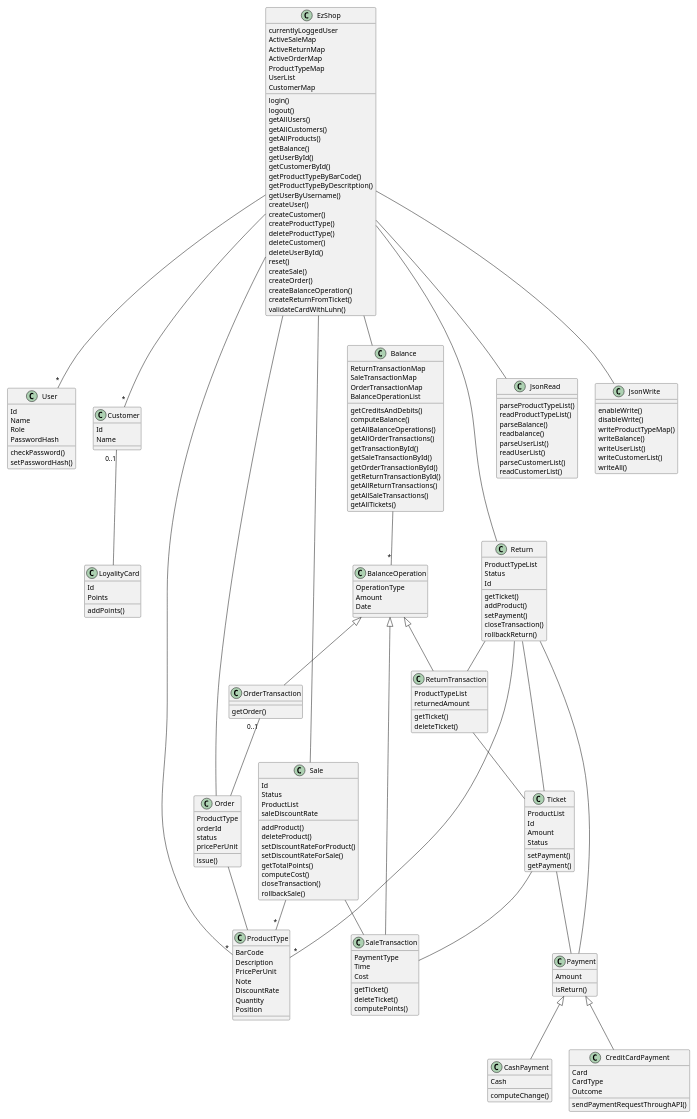
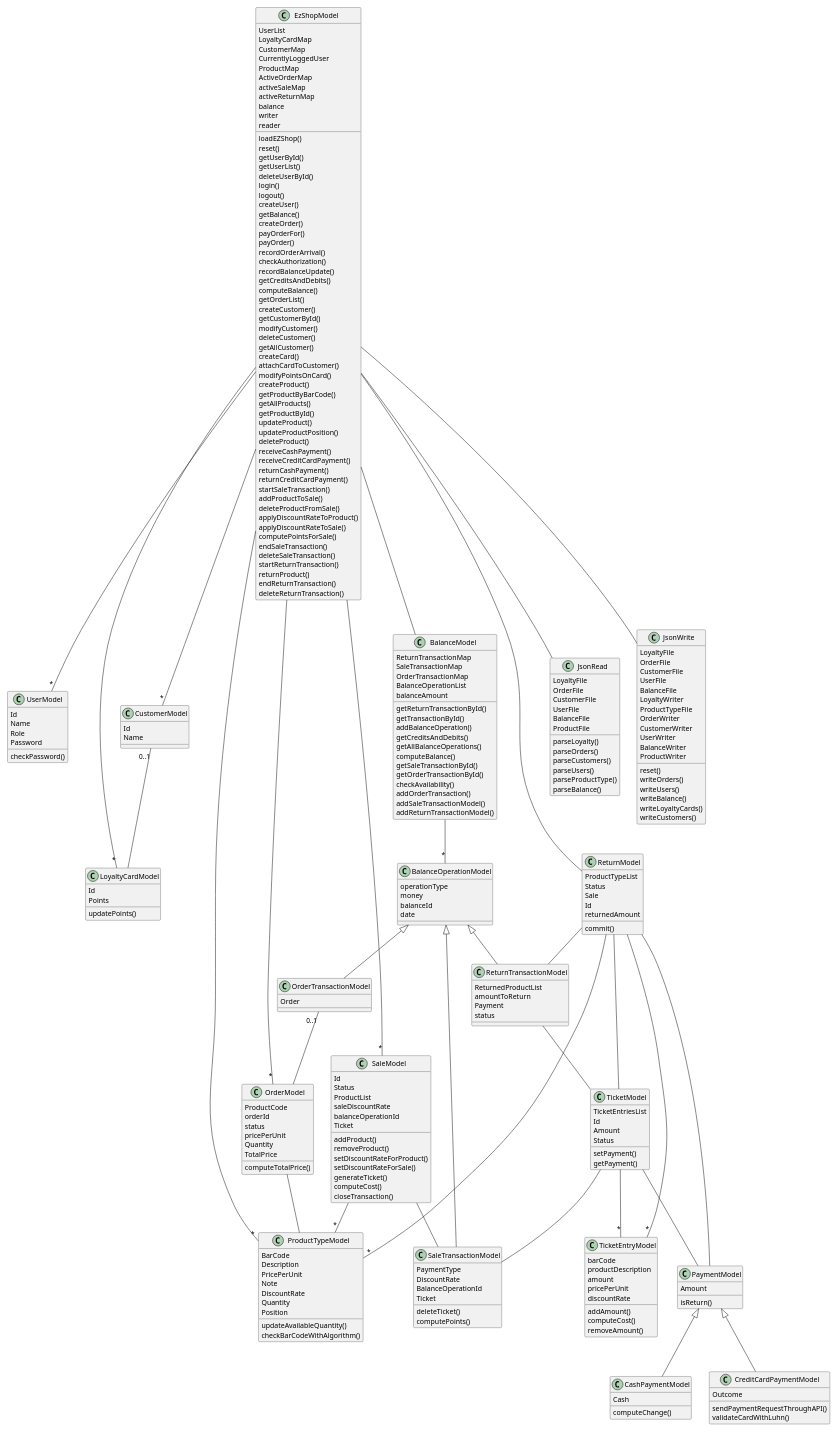
One commit to paolotron/EzshoProject31 changed the second of 15 diagrams in Deliverables/DesignDocument.md. Above: the diagram before and after it, drawn with PlantUML.

Commit message:
updating design model

````diff
--- a/Deliverables/DesignDocument.md
+++ b/Deliverables/DesignDocument.md
@@ -53,56 +53,87 @@
 @startuml
 
 scale 0.7
-class EzShop{
-    login()
-    logout()
-    getAllUsers()
-    getAllCustomers()
-    getAllProducts()
-    getBalance()
-    getUserById()
-    getCustomerById()
-    getProductTypeByBarCode()
-    getProductTypeByDescritption()
-    getUserByUsername()
-    createUser()
-    createCustomer()
-    createProductType()
-    deleteProductType()
-    deleteCustomer()
-    deleteUserById()
-    reset()
-    createSale()
-    createOrder()
-    createBalanceOperation()
-    createReturnFromTicket()
-    validateCardWithLuhn()
-    currentlyLoggedUser
-    ActiveSaleMap
-    ActiveReturnMap
-    ActiveOrderMap
-    ProductTypeMap
-    UserList
-    CustomerMap
+class EzShopModel {
+loadEZShop()
+reset()
+getUserById()
+getUserList()
+deleteUserById()
+login()
+logout()
+createUser()
+getBalance()
+createOrder()
+payOrderFor()
+payOrder()
+recordOrderArrival()
+checkAuthorization()
+recordBalanceUpdate()
+getCreditsAndDebits()
+computeBalance()
+getOrderList()
+createCustomer()
+getCustomerById()
+modifyCustomer()
+deleteCustomer()
+getAllCustomer()
+createCard()
+attachCardToCustomer()
+modifyPointsOnCard()
+createProduct()
+getProductByBarCode()
+getAllProducts()
+getProductById()
+updateProduct()
+updateProductPosition()
+deleteProduct()
+receiveCashPayment()
+receiveCreditCardPayment()
+returnCashPayment()
+returnCreditCardPayment()
+startSaleTransaction()
+addProductToSale()
+deleteProductFromSale()
+applyDiscountRateToProduct()
+applyDiscountRateToSale()
+computePointsForSale()
+endSaleTransaction()
+deleteSaleTransaction()
+startReturnTransaction()
+returnProduct()
+endReturnTransaction()
+deleteReturnTransaction()
+
+UserList
+LoyaltyCardMap
+CustomerMap
+CurrentlyLoggedUser
+ProductMap
+ActiveOrderMap
+activeSaleMap
+activeReturnMap
+balance
+writer
+reader
 }
-class User{
+
+class UserModel{
     Id
     Name
     Role
-    PasswordHash
+    Password
     checkPassword()
-    setPasswordHash()
 }
-class Customer{
+class CustomerModel{
     Id
     Name
 }
-class LoyalityCard{
+class LoyaltyCardModel{
     Id
     Points
-    addPoints()
+    updatePoints()
 }
-class ProductType{
+class ProductTypeModel{
     BarCode
     Description
     PricePerUnit
@@ -110,146 +141,183 @@
     DiscountRate
     Quantity
     Position
+    updateAvailableQuantity()
+    checkBarCodeWithAlgorithm()
+    
 }
-class Order{
-    ProductType
+class OrderModel{
+    ProductCode
     orderId
     status
     pricePerUnit
-    issue()
+    Quantity
+    TotalPrice
+    
+    computeTotalPrice()
 }
-class SaleTransaction{
+class SaleTransactionModel{
     PaymentType
-    Time
-    Cost
-    getTicket()
+    DiscountRate
+    BalanceOperationId
+    Ticket
     deleteTicket()
     computePoints()
 }
-class Sale{
+class SaleModel{
     Id
     Status
     ProductList
     saleDiscountRate
+    balanceOperationId
+    Ticket
     addProduct()
-    deleteProduct()
+    removeProduct()
     setDiscountRateForProduct()
     setDiscountRateForSale()
-    getTotalPoints()
+    generateTicket()
     computeCost()
     closeTransaction()
-    rollbackSale()
 }
-class Ticket{
-    ProductList
+class TicketModel{
+    TicketEntriesList
     Id
     Amount
     Status
     setPayment()
     getPayment()
 }
-class Payment{
+class TicketEntryModel{
+    barCode
+    productDescription
+    amount
+    pricePerUnit
+    discountRate
+    addAmount()
+    computeCost()
+    removeAmount()
+}
+
+class PaymentModel{
     Amount
     isReturn()
 }
-class CashPayment{
+class CashPaymentModel{
     Cash
     computeChange()
 }
-class CreditCardPayment{
-    Card
-    CardType
+class CreditCardPaymentModel{
     Outcome
     sendPaymentRequestThroughAPI()
+    validateCardWithLuhn()
 }
 
-class ReturnTransaction{
-    ProductTypeList
-    returnedAmount
-    getTicket()
-    deleteTicket()
+class ReturnTransactionModel{
+    ReturnedProductList
+    amountToReturn
+    Payment
+    status
 }
-class Return{
+class ReturnModel{
     ProductTypeList
     Status
+    Sale
     Id
-    getTicket()
-    addProduct()
-    setPayment()
-    closeTransaction()
-    rollbackReturn()
+    returnedAmount
+    commit()
 }
-class Balance{
+class BalanceModel{
     ReturnTransactionMap
     SaleTransactionMap
     OrderTransactionMap
     BalanceOperationList
+    balanceAmount
+    getReturnTransactionById()
+    getTransactionById()
+    addBalanceOperation()
     getCreditsAndDebits()
+    getAllBalanceOperations()
     computeBalance()
-    getAllBalanceOperations()
-    getAllOrderTransactions()
-    getTransactionById()
     getSaleTransactionById()
     getOrderTransactionById()
-    getReturnTransactionById()
-    getAllReturnTransactions()
-    getAllSaleTransactions()
-    getAllTickets()
+    checkAvailability()
+    addOrderTransaction()
+    addSaleTransactionModel()
+    addReturnTransactionModel()
 }
-class BalanceOperation{
-    OperationType
-    Amount
-    Date
+class BalanceOperationModel{
+    operationType
+    money
+    balanceId
+    date
 }
-class OrderTransaction{
-    getOrder()
+class OrderTransactionModel{
+    Order
 }
 class JsonRead{
-    parseProductTypeList()
-    readProductTypeList()
+    LoyaltyFile
+    OrderFile
+    CustomerFile
+    UserFile
+    BalanceFile
+    ProductFile
+    parseLoyalty()
+    parseOrders()
+    parseCustomers()
+    parseUsers()
+    parseProductType()
     parseBalance()
-    readbalance()
-    parseUserList()
-    readUserList()
-    parseCustomerList()
-    readCustomerList()
 }
 class JsonWrite{
-    enableWrite()
-    disableWrite()
-    writeProductTypeMap()
+    LoyaltyFile
+    OrderFile
+    CustomerFile
+    UserFile
+    BalanceFile
+    LoyaltyWriter
+    ProductTypeFile
+    OrderWriter
+    CustomerWriter
+    UserWriter
+    BalanceWriter
+    ProductWriter
+    reset()
+    writeOrders()
+    writeUsers()
     writeBalance()
-    writeUserList()
-    writeCustomerList()
-    writeAll()
+    writeLoyaltyCards()
+    writeCustomers()
 }
-BalanceOperation <|-- SaleTransaction
-BalanceOperation <|-- ReturnTransaction
-Ticket -- SaleTransaction
-ReturnTransaction -- Ticket
-Return -- ReturnTransaction
-Payment <|-- CreditCardPayment
-Payment <|-- CashPayment
-Ticket -- Payment
-Balance  -- "*" BalanceOperation
-BalanceOperation <|-- OrderTransaction
-OrderTransaction"0..1" -- Order
-Customer"0..1" -- LoyalityCard
-EzShop -- "*" User
-EzShop -- "*" Customer
-EzShop -- Balance
-EzShop -- "*" ProductType
-EzShop -- Order
-EzShop -- Return
-EzShop --  Sale
-Sale -- SaleTransaction
-EzShop -- JsonRead
-EzShop -- JsonWrite
-Return -- Ticket
-Return -- Payment
-Order -- ProductType
-Sale -- "*" ProductType
-Return -- "*" ProductType
+BalanceOperationModel <|-- SaleTransactionModel
+BalanceOperationModel <|-- ReturnTransactionModel
+TicketModel -- SaleTransactionModel
+ReturnTransactionModel -- TicketModel
+ReturnModel -- ReturnTransactionModel
+PaymentModel <|-- CreditCardPaymentModel
+PaymentModel <|-- CashPaymentModel
+TicketModel -- PaymentModel
+BalanceModel  -- "*" BalanceOperationModel
+BalanceOperationModel <|-- OrderTransactionModel
+OrderTransactionModel"0..1" -- OrderModel
+CustomerModel"0..1" -- LoyaltyCardModel
+EzShopModel -- "*" UserModel
+EzShopModel -- "*" CustomerModel
+EzShopModel -- BalanceModel
+EzShopModel -- "*" ProductTypeModel
+EzShopModel -- "*" OrderModel
+EzShopModel -- "*" LoyaltyCardModel
+EzShopModel -- ReturnModel
+EzShopModel --  "*" SaleModel
+SaleModel -- SaleTransactionModel
+EzShopModel -- JsonRead
+EzShopModel -- JsonWrite
+ReturnModel -- TicketModel
+ReturnModel -- PaymentModel
+OrderModel -- ProductTypeModel
+SaleModel -- "*" ProductTypeModel
+ReturnModel -- "*" ProductTypeModel
+TicketModel -- "*" TicketEntryModel
+ReturnModel -- "*" TicketEntryModel
+
 
 @enduml
 ```
````
